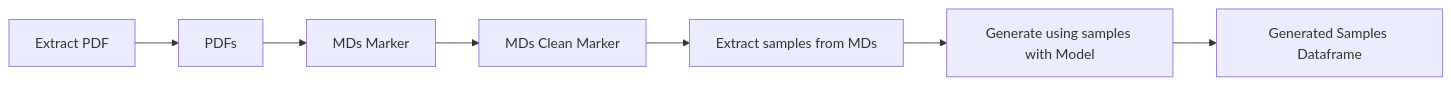
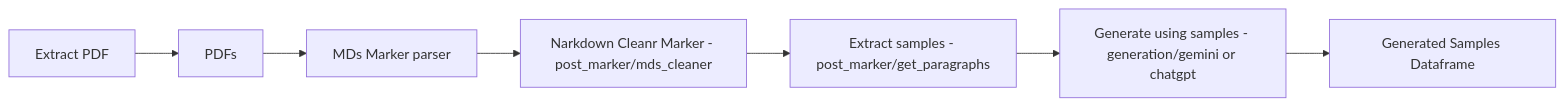
The diagram in README.md (VoicilaIonut/licenta_out), drawn with Mermaid before and after one commit. The commit also changed other lines of this file and 17 other files, not shown here.

````diff
--- a/README.md
+++ b/README.md
@@ -2,9 +2,9 @@
 ```mermaid
 graph LR
     A[Extract PDF] --> B[PDFs]
-    B --> C[MDs Marker]
-    C --> D[MDs Clean Marker]
-    D --> E[Extract samples from MDs]
-    E --> F[Generate using samples with Model]
+    B --> C[MDs Marker parser]
+    C --> D[Narkdown Cleanr Marker - post_marker/mds_cleaner]
+    D --> E[Extract samples - post_marker/get_paragraphs]
+    E --> F[Generate using samples - generation/gemini or chatgpt]
     F --> G[Generated Samples Dataframe]
 ```
````
